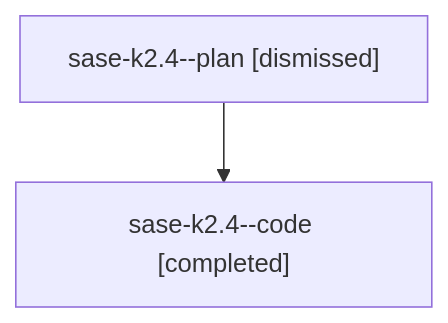
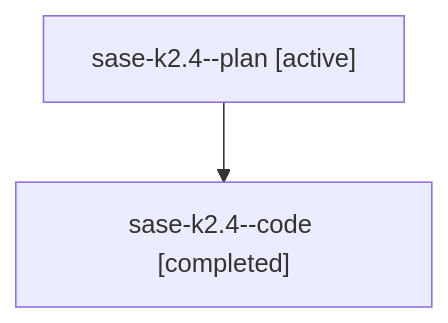
One commit to sase-org/sase--agents changed the diagram in families/bbugyi200.athena.sase-k2.4.md. Above: the diagram before and after it, drawn with Mermaid. The commit also changed other lines of this file and 35830 other files, not shown here.

````diff
--- a/families/bbugyi200.athena.sase-k2.4.md
+++ b/families/bbugyi200.athena.sase-k2.4.md
@@ -9,6 +9,6 @@
 ```mermaid
 flowchart TD
-  n0["sase-k2.4--plan [dismissed]"]
+  n0["sase-k2.4--plan [active]"]
   n1["sase-k2.4--code [completed]"]
   n0 --> n1
 ```
````
